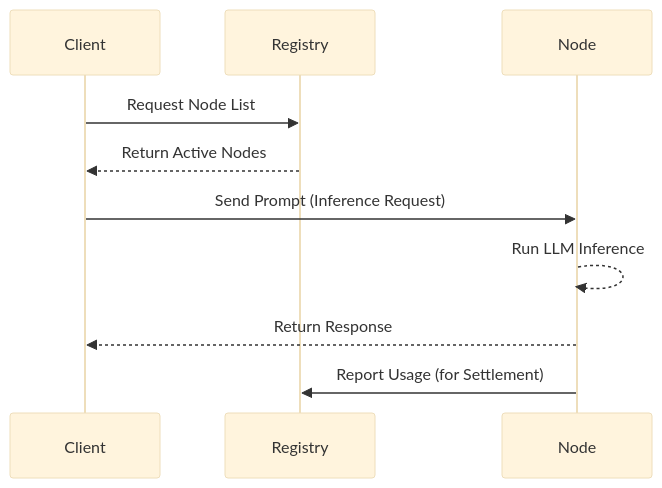
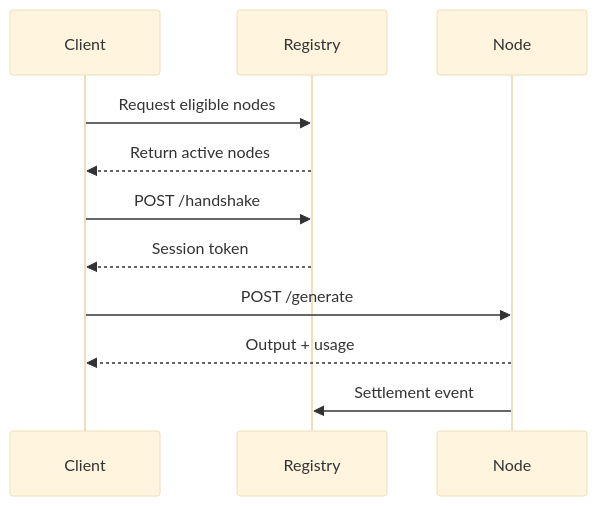
One commit to sid-stack/aris-registry changed the diagram in docs/concepts.mdx. Above: the diagram before and after it, drawn with Mermaid (base theme). The commit also changed other lines of this file and 24 other files, not shown here.

````diff
--- a/docs/concepts.mdx
+++ b/docs/concepts.mdx
@@ -39,13 +40,14 @@
 ```mermaid
 sequenceDiagram
     participant Client
     participant Registry
     participant Node
 
-    Client->>Registry: Request Node List
-    Registry-->>Client: Return Active Nodes
-    Client->>Node: Send Prompt (Inference Request)
-    Node-->>Node: Run LLM Inference
-    Node-->>Client: Return Response
-    Node->>Registry: Report Usage (for Settlement)
+    Client->>Registry: Request eligible nodes
+    Registry-->>Client: Return active nodes
+    Client->>Registry: POST /handshake
+    Registry-->>Client: Session token
+    Client->>Node: POST /generate
+    Node-->>Client: Output + usage
+    Node->>Registry: Settlement event
 ```
````
